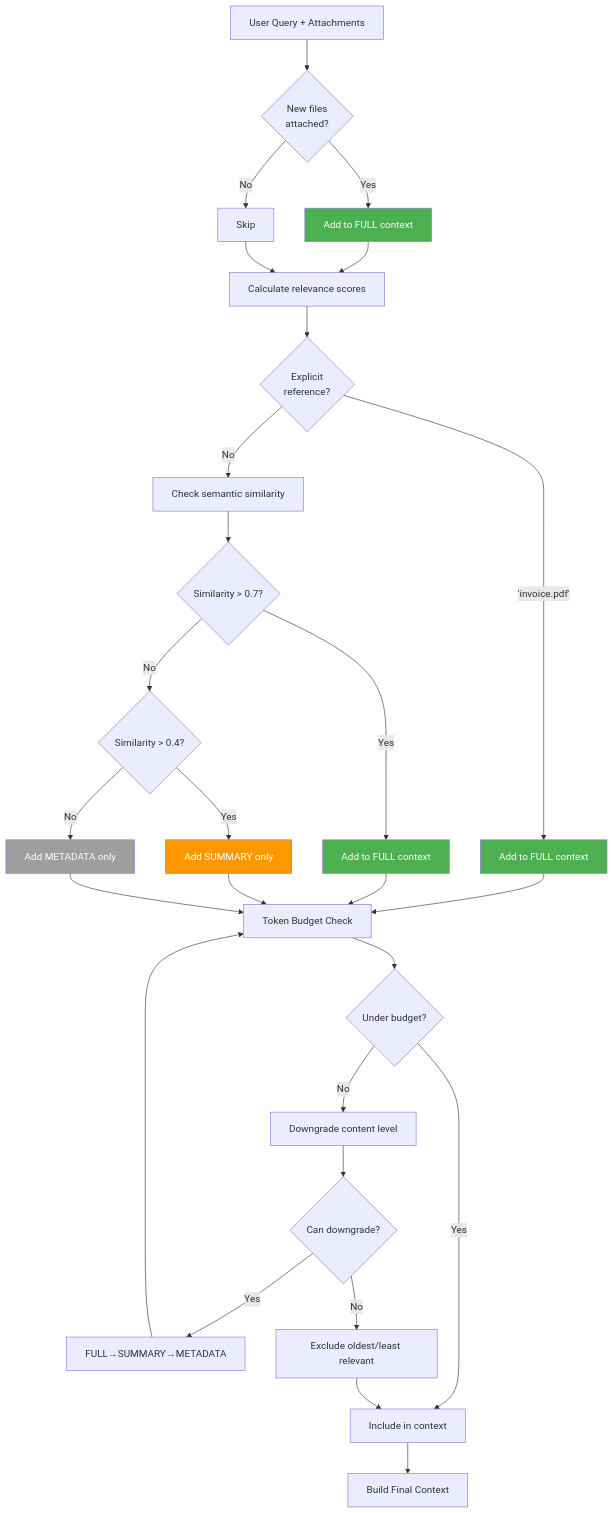
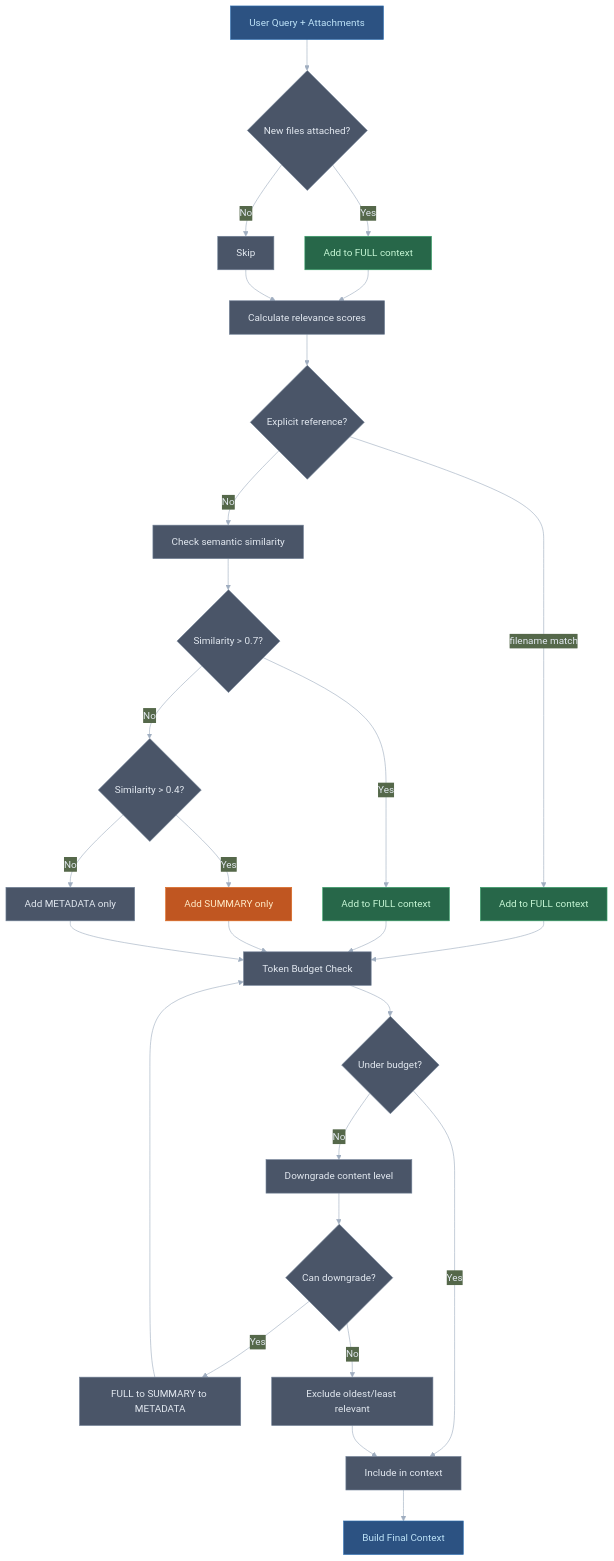
Before and after one commit to manumishra-zm/execution_plan: the sixth of 22 diagrams in chat_context/chat_context.md, drawn with Mermaid. The commit also changed other lines of this file, not shown here.

````diff
--- a/chat_context/chat_context.md
+++ b/chat_context/chat_context.md
@@ -241,45 +255,48 @@
 ```mermaid
+%%{init: {'theme': 'base', 'themeVariables': { 'primaryColor': '#4a5568', 'primaryTextColor': '#e2e8f0', 'primaryBorderColor': '#718096', 'lineColor': '#a0aec0'}}}%%
 flowchart TD
-    START[User Query + Attachments] --> A{New files<br/>attached?}
+    START[User Query + Attachments] --> A{New files attached?}
 
     A -->|Yes| B[Add to FULL context]
     A -->|No| C[Skip]
 
     B --> D[Calculate relevance scores]
     C --> D
 
-    D --> E{Explicit<br/>reference?}
-    E -->|"'invoice.pdf'"| F[Add to FULL context]
+    D --> E{Explicit reference?}
+    E -->|"filename match"| F[Add to FULL context]
     E -->|No| G[Check semantic similarity]
 
     G --> H{Similarity > 0.7?}
     H -->|Yes| I[Add to FULL context]
     H -->|No| J{Similarity > 0.4?}
 
     J -->|Yes| K[Add SUMMARY only]
     J -->|No| L[Add METADATA only]
 
     F --> M[Token Budget Check]
     I --> M
     K --> M
     L --> M
 
     M --> N{Under budget?}
     N -->|Yes| O[Include in context]
     N -->|No| P[Downgrade content level]
 
     P --> Q{Can downgrade?}
-    Q -->|Yes| R[FULL→SUMMARY→METADATA]
+    Q -->|Yes| R["FULL to SUMMARY to METADATA"]
     Q -->|No| S[Exclude oldest/least relevant]
 
     R --> M
     S --> O
 
     O --> END[Build Final Context]
 
-    style B fill:#4caf50,color:#fff
-    style F fill:#4caf50,color:#fff
-    style I fill:#4caf50,color:#fff
-    style K fill:#ff9800,color:#fff
-    style L fill:#9e9e9e,color:#fff
+    style B fill:#276749,color:#c6f6d5,stroke:#38a169
+    style F fill:#276749,color:#c6f6d5,stroke:#38a169
+    style I fill:#276749,color:#c6f6d5,stroke:#38a169
+    style K fill:#c05621,color:#feebc8,stroke:#dd6b20
+    style L fill:#4a5568,color:#e2e8f0,stroke:#718096
+    style START fill:#2c5282,color:#bee3f8,stroke:#2b6cb0
+    style END fill:#2c5282,color:#bee3f8,stroke:#2b6cb0
 ```
````
